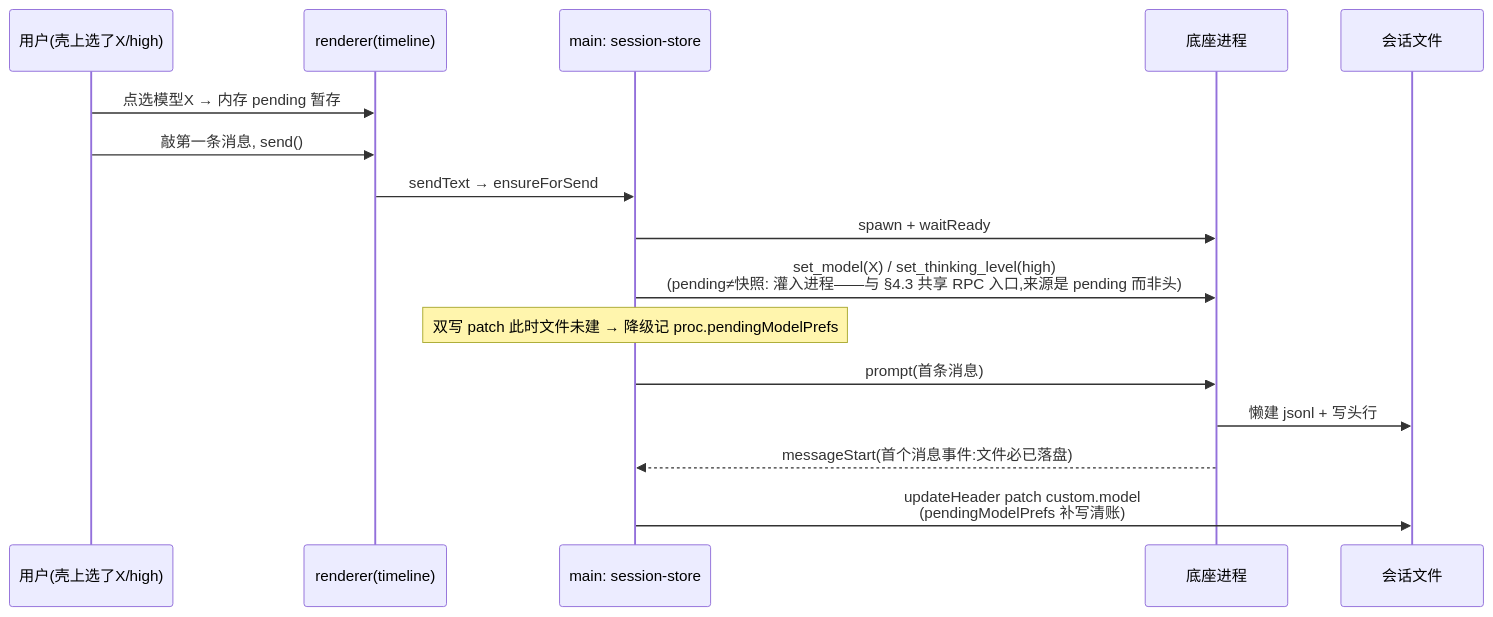
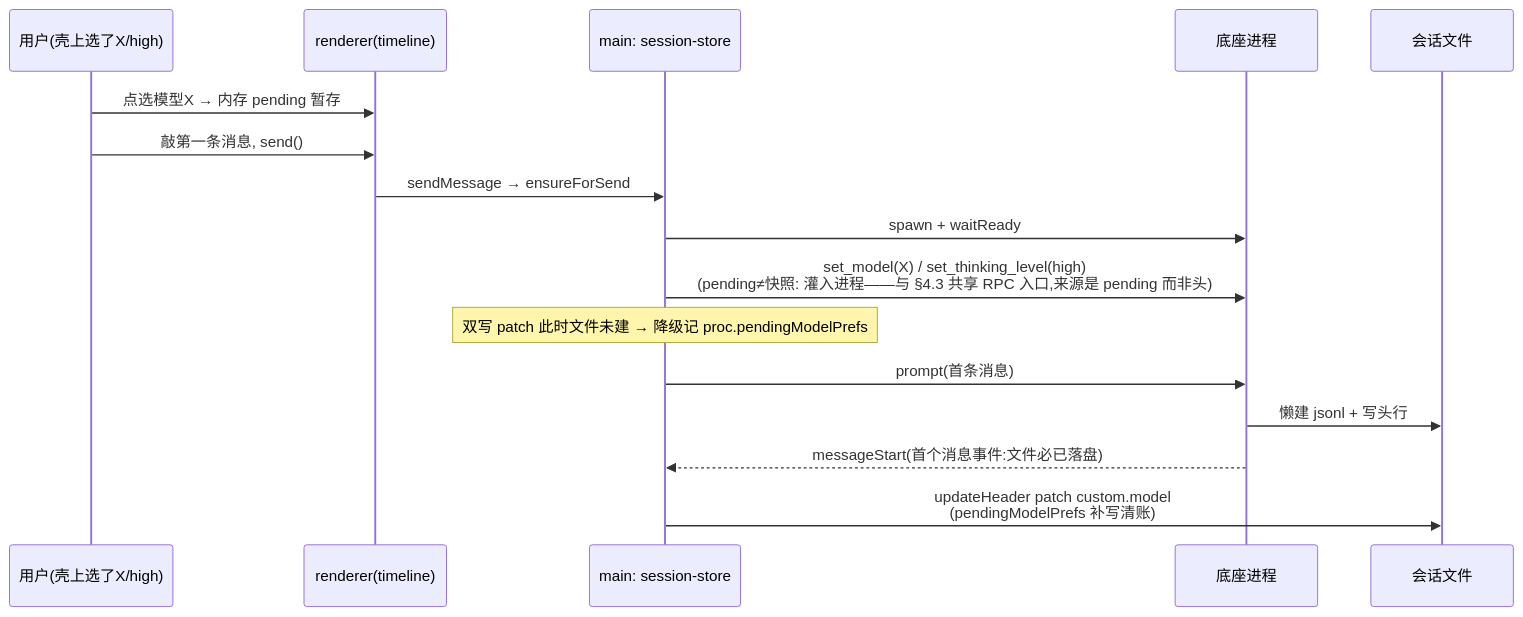
One commit to GOODDAYDAY/my-harness-desktop changed the third of 3 diagrams in docs/design/session-model-config.md. Above: the diagram before and after it, drawn with Mermaid. The commit also changed 5 other files, not shown here.

First line of the commit message:
feat(sessions): 发送收敛为统一入口 sendMessage——composer/rewind/notes 行为由构造强制一致

````diff
--- a/docs/design/session-model-config.md
+++ b/docs/design/session-model-config.md
@@ -186,18 +186,18 @@
 ```mermaid
 sequenceDiagram
     participant U as 用户(壳上选了X/high)
     participant R as renderer(timeline)
     participant SS as main: session-store
     participant Pi as 底座进程
     participant F as 会话文件
     U->>R: 点选模型X → 内存 pending 暂存
     U->>R: 敲第一条消息, send()
-    R->>SS: sendText → ensureForSend
+    R->>SS: sendMessage → ensureForSend
     SS->>Pi: spawn + waitReady
     SS->>Pi: set_model(X) / set_thinking_level(high)<br/>(pending≠快照: 灌入进程——与 §4.3 共享 RPC 入口,来源是 pending 而非头)
     Note over SS: 双写 patch 此时文件未建 → 降级记 proc.pendingModelPrefs
     SS->>Pi: prompt(首条消息)
     Pi->>F: 懒建 jsonl + 写头行
     Pi-->>SS: messageStart(首个消息事件:文件必已落盘)
     SS->>F: updateHeader patch custom.model<br/>(pendingModelPrefs 补写清账)
 ```
````
